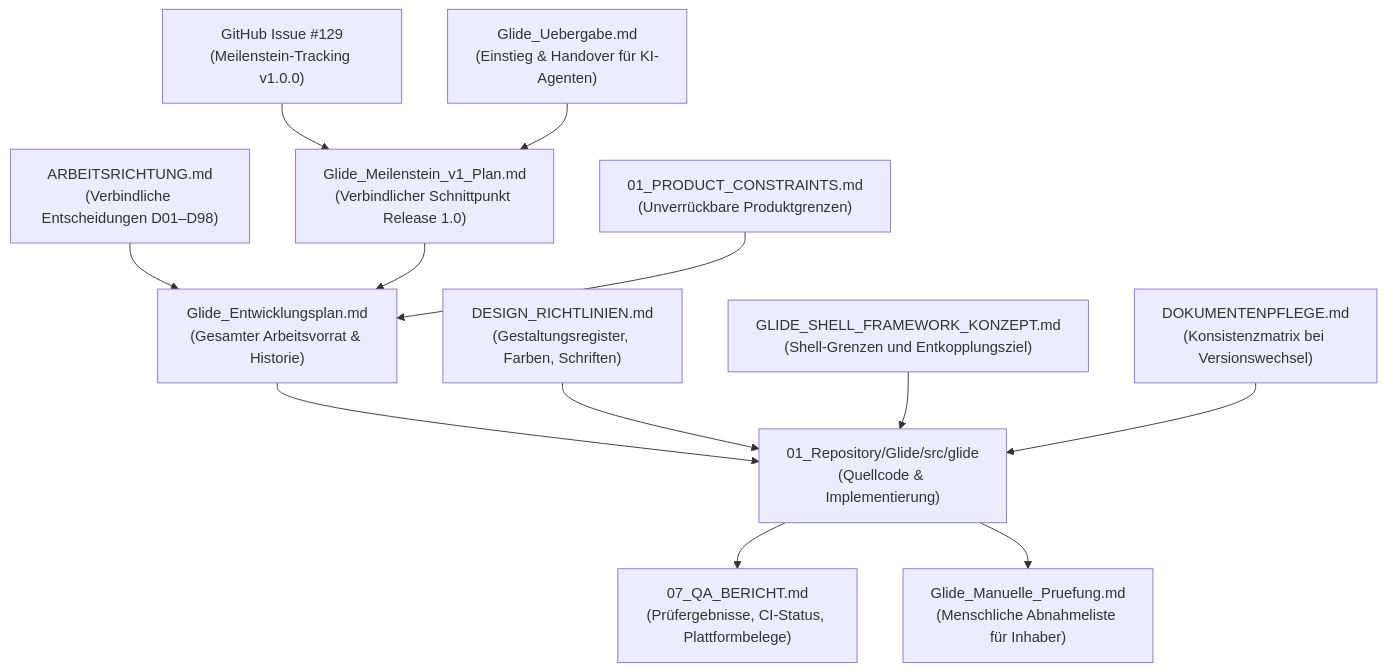
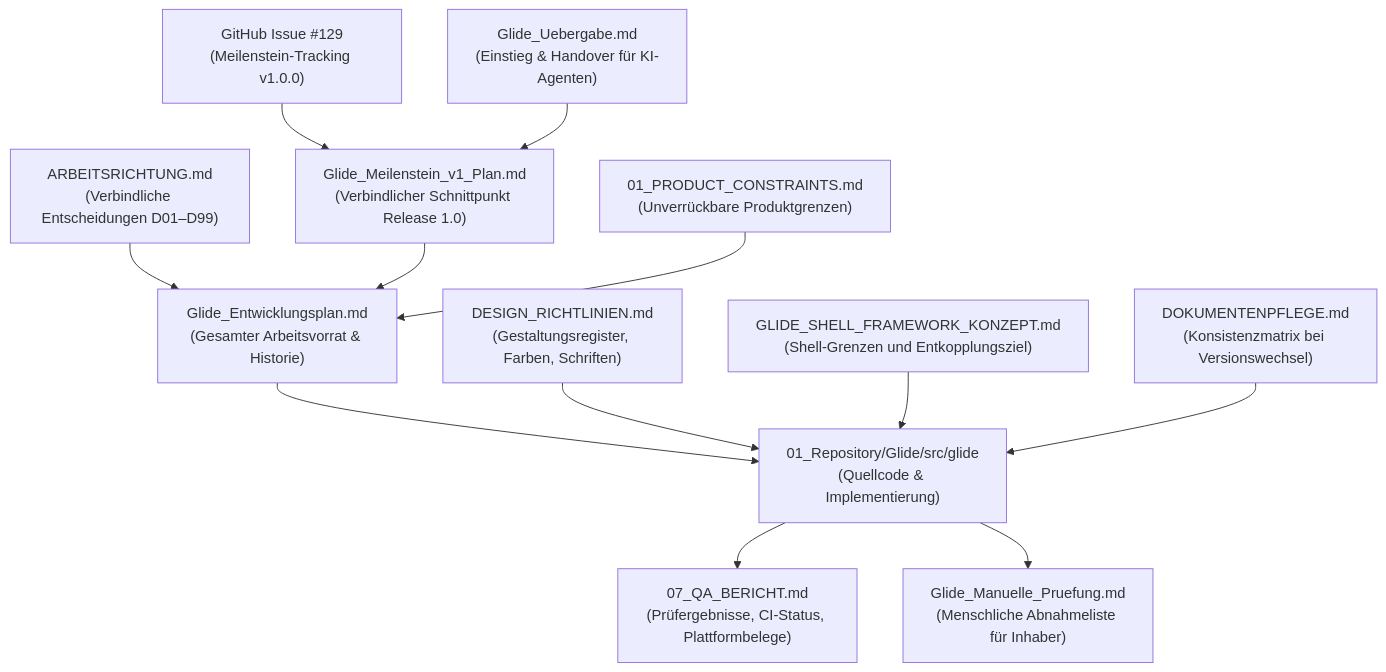
The first of 2 diagrams in 00_Arbeitsvorbereitung/Glide_Uebergabe.md (n05a-design/glide-to-do), drawn with Mermaid before and after one commit. The commit also changed other lines of this file and 51 other files, not shown here.

````diff
--- a/00_Arbeitsvorbereitung/Glide_Uebergabe.md
+++ b/00_Arbeitsvorbereitung/Glide_Uebergabe.md
@@ -55,14 +55,14 @@
 ```mermaid
 flowchart TD
-    AR["ARBEITSRICHTUNG.md<br/>(Verbindliche Entscheidungen D01–D98)"] --> EP["Glide_Entwicklungsplan.md<br/>(Gesamter Arbeitsvorrat & Historie)"]
+    AR["ARBEITSRICHTUNG.md<br/>(Verbindliche Entscheidungen D01–D99)"] --> EP["Glide_Entwicklungsplan.md<br/>(Gesamter Arbeitsvorrat & Historie)"]
     MPLAN["Glide_Meilenstein_v1_Plan.md<br/>(Verbindlicher Schnittpunkt Release 1.0)"] --> EP
     ISSUE["GitHub Issue #129<br/>(Meilenstein-Tracking v1.0.0)"] --> MPLAN
     PC["01_PRODUCT_CONSTRAINTS.md<br/>(Unverrückbare Produktgrenzen)"] --> EP
     EP --> PROD["01_Repository/Glide/src/glide<br/>(Quellcode & Implementierung)"]
     DR["DESIGN_RICHTLINIEN.md<br/>(Gestaltungsregister, Farben, Schriften)"] --> PROD
     SK["GLIDE_SHELL_FRAMEWORK_KONZEPT.md<br/>(Shell-Grenzen und Entkopplungsziel)"] --> PROD
     PROD --> QA["07_QA_BERICHT.md<br/>(Prüfergebnisse, CI-Status, Plattformbelege)"]
     PROD --> MAN["Glide_Manuelle_Pruefung.md<br/>(Menschliche Abnahmeliste für Inhaber)"]
     DP["DOKUMENTENPFLEGE.md<br/>(Konsistenzmatrix bei Versionswechsel)"] --> PROD
     UEB["Glide_Uebergabe.md<br/>(Einstieg & Handover für KI-Agenten)"] --> MPLAN
 ```
````
